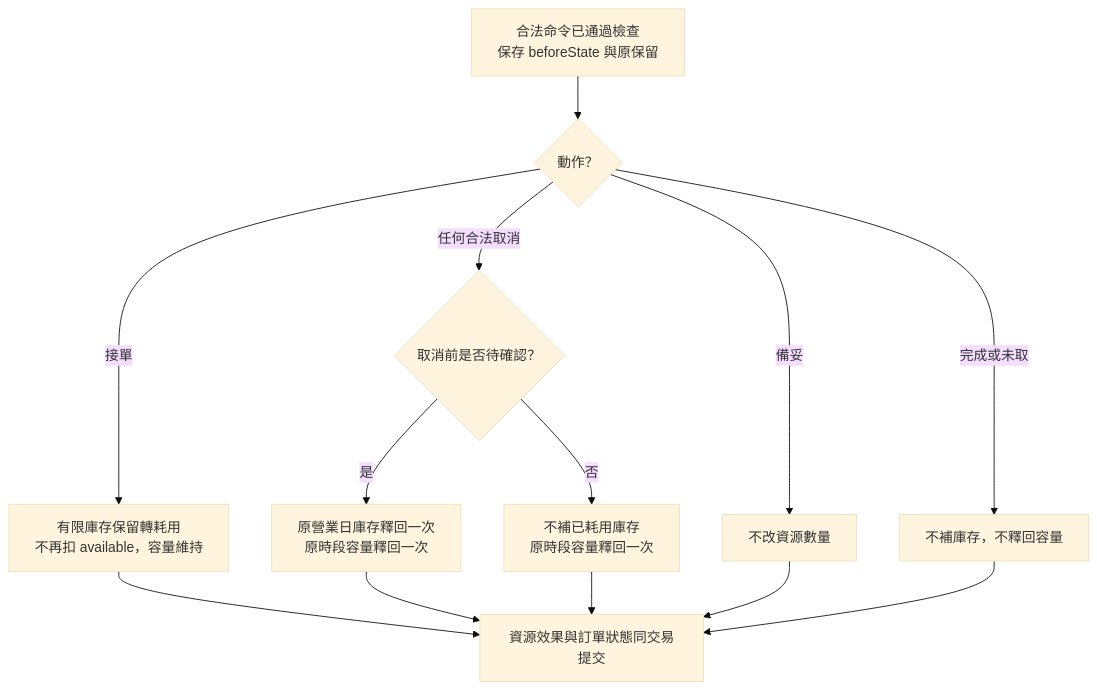
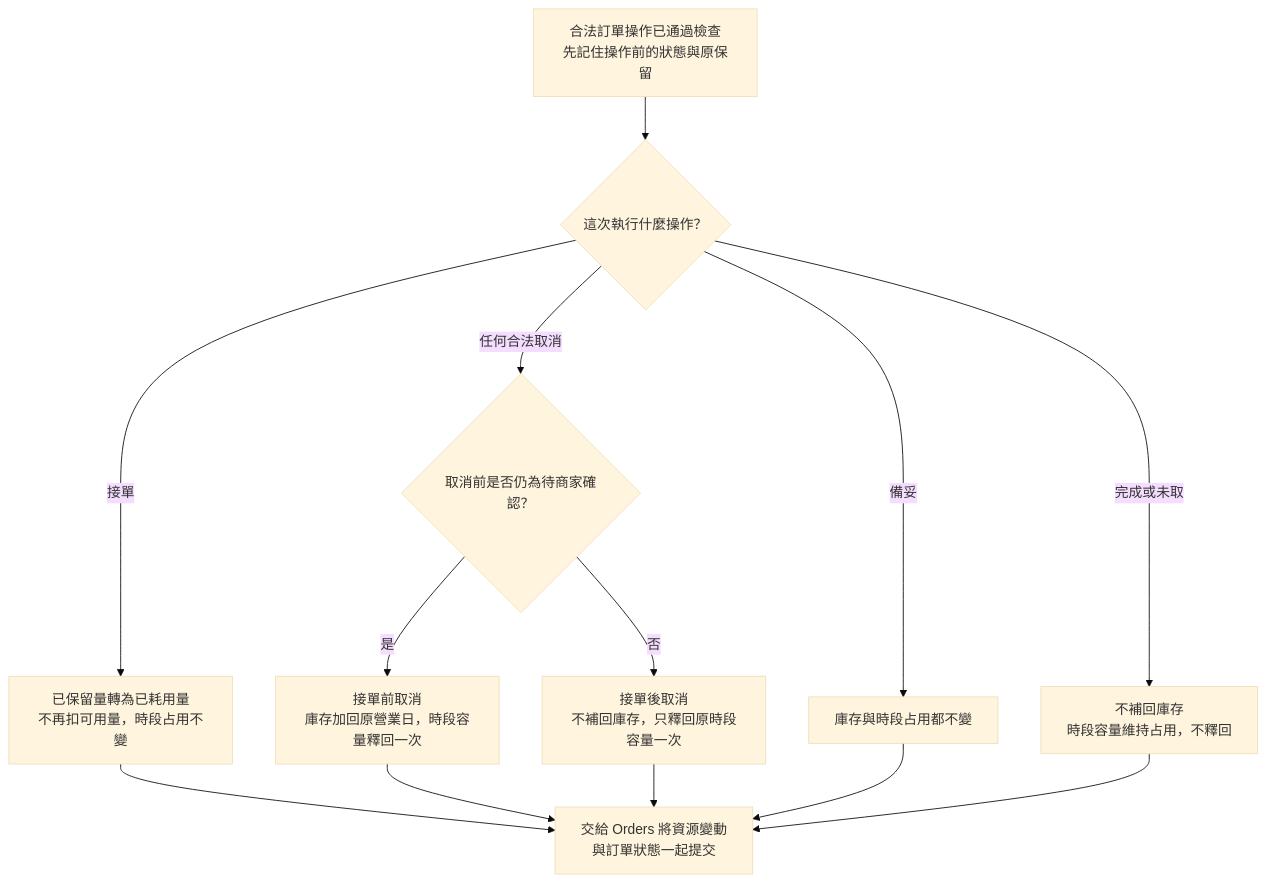
Before and after one commit to Himegragi/CampusRestaurantSystem: the second of 2 diagrams in SAD_v0.6/05_庫存與時段_Resources.md, drawn with Mermaid (base theme). The commit also changed other lines of this file, not shown here.

Commit message:
docs: clarify resource flow diagrams and reading guidance

````diff
--- a/SAD_v0.6/05_庫存與時段_Resources.md
+++ b/SAD_v0.6/05_庫存與時段_Resources.md
@@ -176,15 +197,15 @@
 ```mermaid
 flowchart TD
-  A["合法命令已通過檢查<br/>保存 beforeState 與原保留"] --> ACTION{"動作？"}
-  ACTION -->|接單| USE["有限庫存保留轉耗用<br/>不再扣 available，容量維持"]
-  ACTION -->|任何合法取消| BEFORE{"取消前是否待確認？"}
-  BEFORE -->|是| RELEASE["原營業日庫存釋回一次<br/>原時段容量釋回一次"]
-  BEFORE -->|否| POST["不補已耗用庫存<br/>原時段容量釋回一次"]
-  ACTION -->|備妥| READY["不改資源數量"]
-  ACTION -->|完成或未取| KEEP["不補庫存，不釋回容量"]
-  USE --> DONE["資源效果與訂單狀態同交易提交"]
+  A["合法訂單操作已通過檢查<br/>先記住操作前的狀態與原保留"] --> ACTION{"這次執行什麼操作？"}
+  ACTION -->|接單| USE["已保留量轉為已耗用量<br/>不再扣可用量，時段占用不變"]
+  ACTION -->|任何合法取消| BEFORE{"取消前是否仍為待商家確認？"}
+  BEFORE -->|是| RELEASE["接單前取消<br/>庫存加回原營業日，時段容量釋回一次"]
+  BEFORE -->|否| POST["接單後取消<br/>不補回庫存，只釋回原時段容量一次"]
+  ACTION -->|備妥| READY["庫存與時段占用都不變"]
+  ACTION -->|完成或未取| KEEP["不補回庫存<br/>時段容量維持占用，不釋回"]
+  USE --> DONE["交給 Orders 將資源變動<br/>與訂單狀態一起提交"]
   RELEASE --> DONE
   POST --> DONE
   READY --> DONE
   KEEP --> DONE
 ```
````
